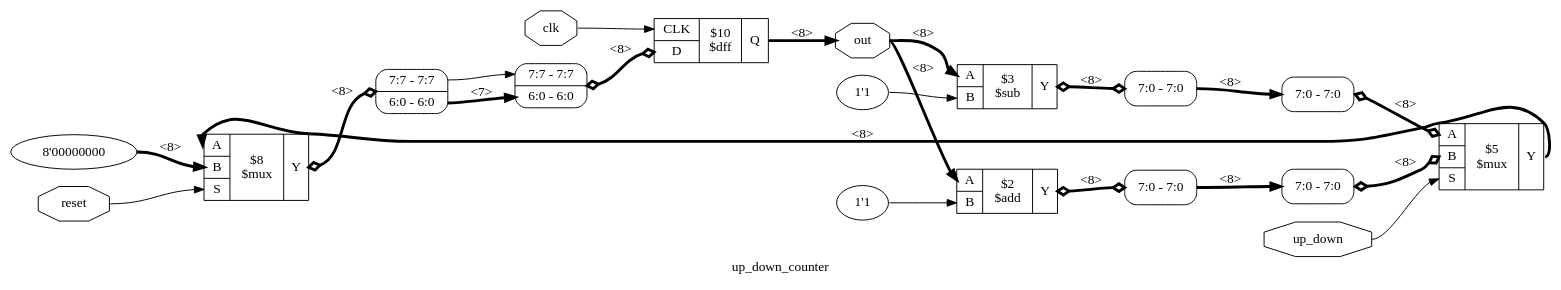
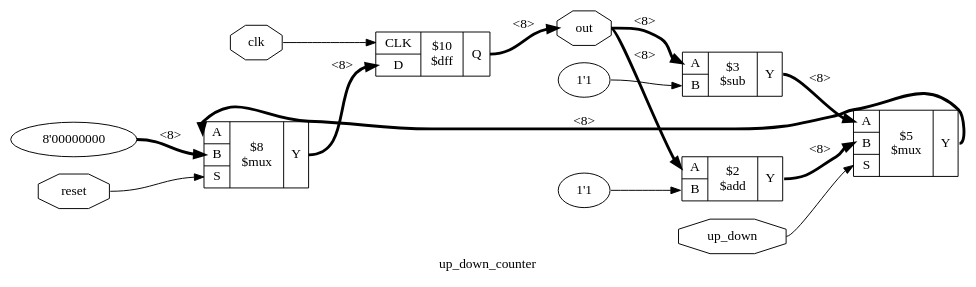
The diagram in dot/up_down_counter_df.dot (theo-learner/bFlow), drawn with Graphviz before and after one commit. The commit also changed 38 other files, not shown here.

```diff
--- a/dot/up_down_counter_df.dot
+++ b/dot/up_down_counter_df.dot
@@ -1,43 +1,30 @@
 digraph "up_down_counter" {
 label="up_down_counter";
 rankdir="LR";
 remincross=true;
-n7 [ shape=octagon, label="reset", color="black", fontcolor="black" ];
-n8 [ shape=octagon, label="clk", color="black", fontcolor="black" ];
-n9 [ shape=octagon, label="up_down", color="black", fontcolor="black" ];
-n10 [ shape=octagon, label="out", color="black", fontcolor="black" ];
-c14 [ shape=record, label="{{<p11> CLK|<p12> D}|$10\n$dff|{<p13> Q}}" ];
-x0 [ shape=record, style=rounded, label="<s1> 7:7 - 7:7 |<s0> 6:0 - 6:0 " ];
-x0:e -> c14:p12:w [arrowhead=odiamond, arrowtail=odiamond, dir=both, color="black", style="setlinewidth(3)", label="<8>"];
-v2 [ label="8'00000000" ];
-c19 [ shape=record, label="{{<p15> A|<p16> B|<p17> S}|$8\n$mux|{<p18> Y}}" ];
-x1 [ shape=record, style=rounded, label="<s1> 7:7 - 7:7 |<s0> 6:0 - 6:0 " ];
-c19:p18:e -> x1:w [arrowhead=odiamond, arrowtail=odiamond, dir=both, color="black", style="setlinewidth(3)", label="<8>"];
-c20 [ shape=record, label="{{<p15> A|<p16> B|<p17> S}|$5\n$mux|{<p18> Y}}" ];
-x3 [ shape=record, style=rounded, label="<s0> 7:0 - 7:0 " ];
-x3:e -> c20:p16:w [arrowhead=odiamond, arrowtail=odiamond, dir=both, color="black", style="setlinewidth(3)", label="<8>"];
-x4 [ shape=record, style=rounded, label="<s0> 7:0 - 7:0 " ];
-x4:e -> c20:p15:w [arrowhead=odiamond, arrowtail=odiamond, dir=both, color="black", style="setlinewidth(3)", label="<8>"];
-v6 [ label="1'1" ];
-c21 [ shape=record, label="{{<p15> A|<p16> B}|$3\n$sub|{<p18> Y}}" ];
-x5 [ shape=record, style=rounded, label="<s0> 7:0 - 7:0 " ];
-c21:p18:e -> x5:w [arrowhead=odiamond, arrowtail=odiamond, dir=both, color="black", style="setlinewidth(3)", label="<8>"];
-v8 [ label="1'1" ];
-c22 [ shape=record, label="{{<p15> A|<p16> B}|$2\n$add|{<p18> Y}}" ];
-x7 [ shape=record, style=rounded, label="<s0> 7:0 - 7:0 " ];
-c22:p18:e -> x7:w [arrowhead=odiamond, arrowtail=odiamond, dir=both, color="black", style="setlinewidth(3)", label="<8>"];
-c14:p13:e -> n10:w [color="black", style="setlinewidth(3)", label="<8>"];
-n10:e -> c21:p15:w [color="black", style="setlinewidth(3)", label="<8>"];
-n10:e -> c22:p15:w [color="black", style="setlinewidth(3)", label="<8>"];
-x1:s1:e -> x0:s1:w [color="black", label=""];
-x5:s0:e -> x4:s0:w [color="black", style="setlinewidth(3)", label="<8>"];
-c20:p18:e -> c19:p15:w [color="black", style="setlinewidth(3)", label="<8>"];
-x7:s0:e -> x3:s0:w [color="black", style="setlinewidth(3)", label="<8>"];
-x1:s0:e -> x0:s0:w [color="black", style="setlinewidth(3)", label="<7>"];
-n7:e -> c19:p17:w [color="black", label=""];
-n8:e -> c14:p11:w [color="black", label=""];
-n9:e -> c20:p17:w [color="black", label=""];
-v2:e -> c19:p16:w [color="black", style="setlinewidth(3)", label="<8>"];
-v6:e -> c21:p16:w [color="black", label=""];
-v8:e -> c22:p16:w [color="black", label=""];
+n6 [ shape=octagon, label="reset", color="black", fontcolor="black" ];
+n7 [ shape=octagon, label="clk", color="black", fontcolor="black" ];
+n8 [ shape=octagon, label="up_down", color="black", fontcolor="black" ];
+n9 [ shape=octagon, label="out", color="black", fontcolor="black" ];
+c13 [ shape=record, label="{{<p10> CLK|<p11> D}|$10\n$dff|{<p12> Q}}" ];
+v0 [ label="8'00000000" ];
+c18 [ shape=record, label="{{<p14> A|<p15> B|<p16> S}|$8\n$mux|{<p17> Y}}" ];
+c19 [ shape=record, label="{{<p14> A|<p15> B|<p16> S}|$5\n$mux|{<p17> Y}}" ];
+v1 [ label="1'1" ];
+c20 [ shape=record, label="{{<p14> A|<p15> B}|$3\n$sub|{<p17> Y}}" ];
+v2 [ label="1'1" ];
+c21 [ shape=record, label="{{<p14> A|<p15> B}|$2\n$add|{<p17> Y}}" ];
+c21:p17:e -> c19:p15:w [color="black", style="setlinewidth(3)", label="<8>"];
+c19:p17:e -> c18:p14:w [color="black", style="setlinewidth(3)", label="<8>"];
+c20:p17:e -> c19:p14:w [color="black", style="setlinewidth(3)", label="<8>"];
+c18:p17:e -> c13:p11:w [color="black", style="setlinewidth(3)", label="<8>"];
+n6:e -> c18:p16:w [color="black", label=""];
+n7:e -> c13:p10:w [color="black", label=""];
+n8:e -> c19:p16:w [color="black", label=""];
+c13:p12:e -> n9:w [color="black", style="setlinewidth(3)", label="<8>"];
+n9:e -> c20:p14:w [color="black", style="setlinewidth(3)", label="<8>"];
+n9:e -> c21:p14:w [color="black", style="setlinewidth(3)", label="<8>"];
+v0:e -> c18:p15:w [color="black", style="setlinewidth(3)", label="<8>"];
+v1:e -> c20:p15:w [color="black", label=""];
+v2:e -> c21:p15:w [color="black", label=""];
 }
```
